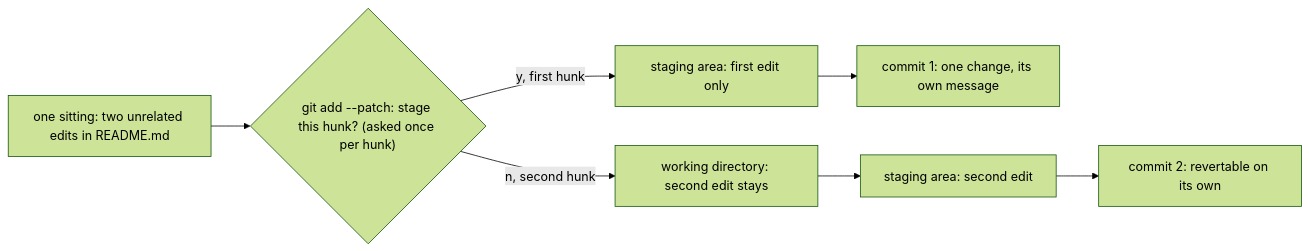
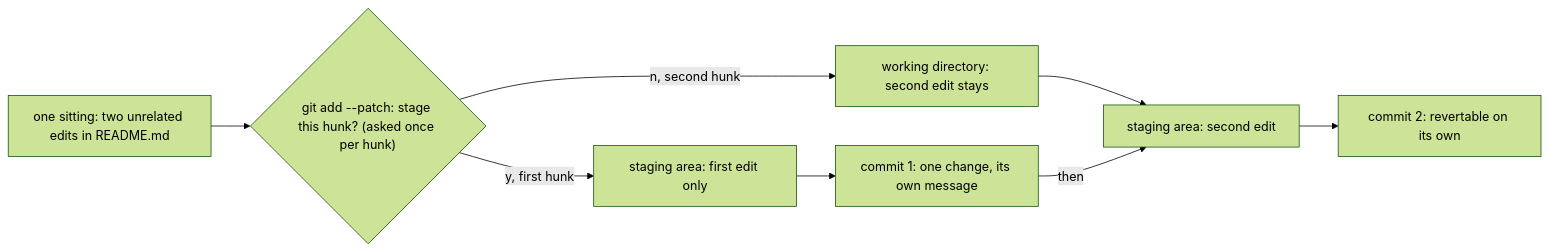
One commit to duyan11110/lo-trinh-architect changed the diagram in content/tracks/foundation/git/foundation.l2.good-commits.en.md. Above: the diagram before and after it, drawn with Mermaid (forest theme). The commit also changed other lines of this file and 314 other files, not shown here.

````diff
--- a/content/tracks/foundation/git/foundation.l2.good-commits.en.md
+++ b/content/tracks/foundation/git/foundation.l2.good-commits.en.md
@@ -42,9 +42,10 @@
 ```mermaid
 flowchart LR
   W["one sitting: two unrelated edits in README.md"] --> P{"git add --patch: stage this hunk? (asked once per hunk)"}
   P -->|"y, first hunk"| S1["staging area: first edit only"]
   P -->|"n, second hunk"| W2["working directory: second edit stays"]
   S1 --> C1["commit 1: one change, its own message"]
   W2 --> S2["staging area: second edit"]
+  C1 -->|"then"| S2
   S2 --> C2["commit 2: revertable on its own"]
 ```
````
